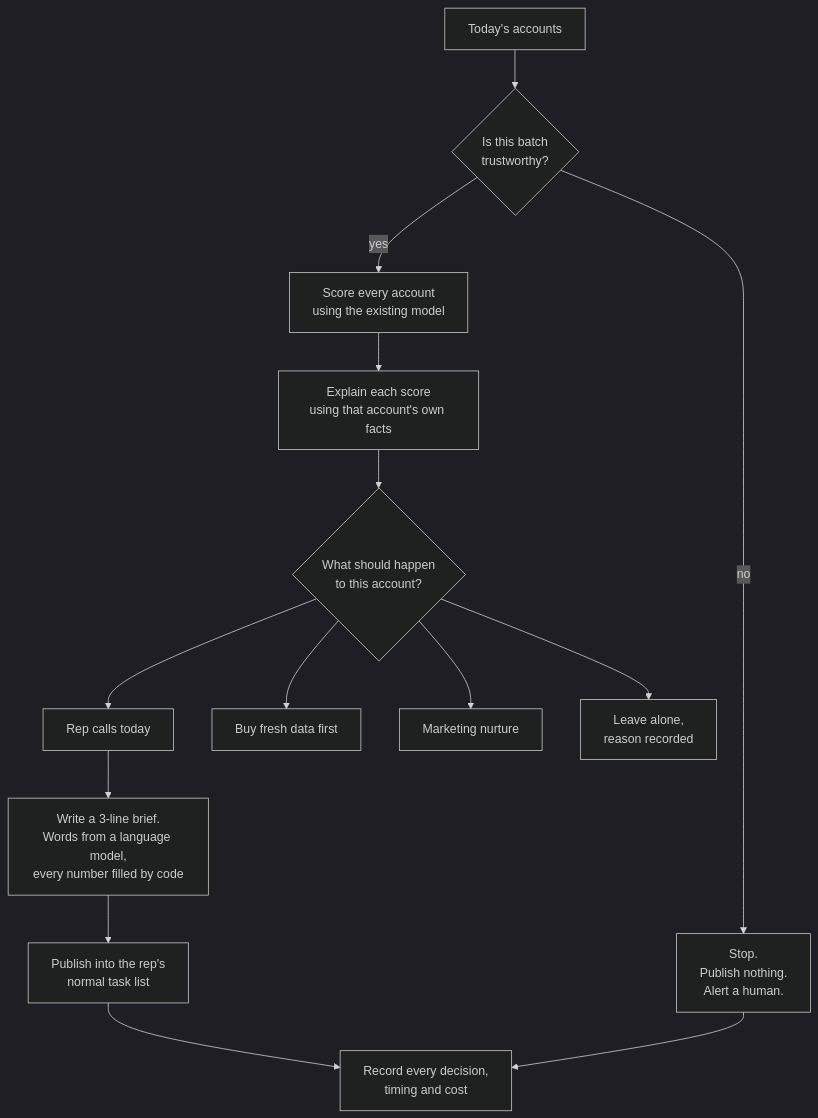
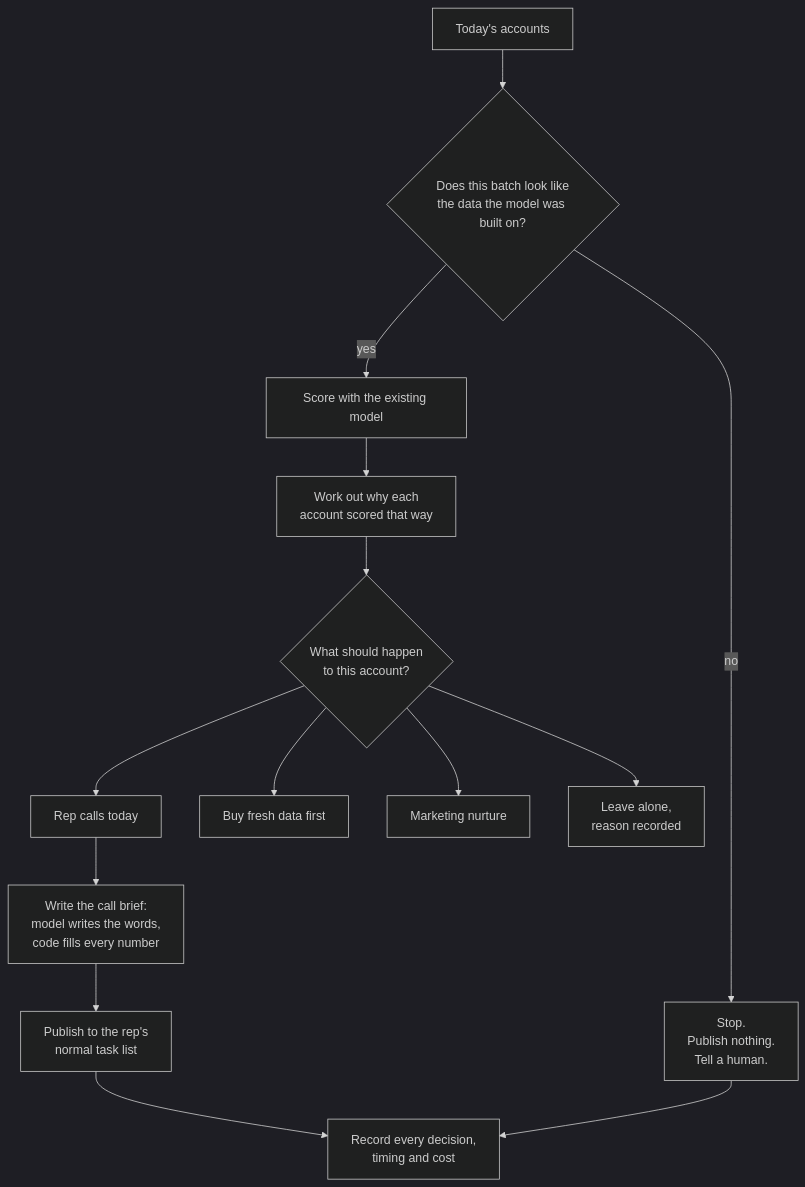
Before and after one commit to kb2326/cordilla-account-scoring: the first of 5 diagrams in README.md, drawn with Mermaid (dark theme). The commit also changed other lines of this file and 1 other file, not shown here.

First line of the commit message:
README rewritten around the architecture; benchmark the assumptions

````diff
--- a/README.md
+++ b/README.md
@@ -33,16 +36,16 @@
 ```mermaid
 flowchart TD
-    IN["Today's accounts"] --> CHK{"Is this batch<br/>trustworthy?"}
-    CHK -->|"no"| HALT["Stop.<br/>Publish nothing.<br/>Alert a human."]
-    CHK -->|"yes"| SCORE["Score every account<br/>using the existing model"]
-    SCORE --> WHY["Explain each score<br/>using that account's own facts"]
+    IN["Today's accounts"] --> CHK{"Does this batch look like<br/>the data the model was built on?"}
+    CHK -->|"no"| STOP["Stop.<br/>Publish nothing.<br/>Tell a human."]
+    CHK -->|"yes"| SCORE["Score with the existing model"]
+    SCORE --> WHY["Work out why each<br/>account scored that way"]
     WHY --> ROUTE{"What should happen<br/>to this account?"}
     ROUTE --> CALL["Rep calls today"]
     ROUTE --> FRESH["Buy fresh data first"]
     ROUTE --> NURT["Marketing nurture"]
     ROUTE --> HOLD["Leave alone,<br/>reason recorded"]
-    CALL --> BRIEF["Write a 3-line brief.<br/>Words from a language model,<br/>every number filled by code"]
-    BRIEF --> PUB["Publish into the rep's<br/>normal task list"]
+    CALL --> BRIEF["Write the call brief:<br/>model writes the words,<br/>code fills every number"]
+    BRIEF --> PUB["Publish to the rep's<br/>normal task list"]
     PUB --> REC["Record every decision,<br/>timing and cost"]
-    HALT --> REC
+    STOP --> REC
 ```
````
